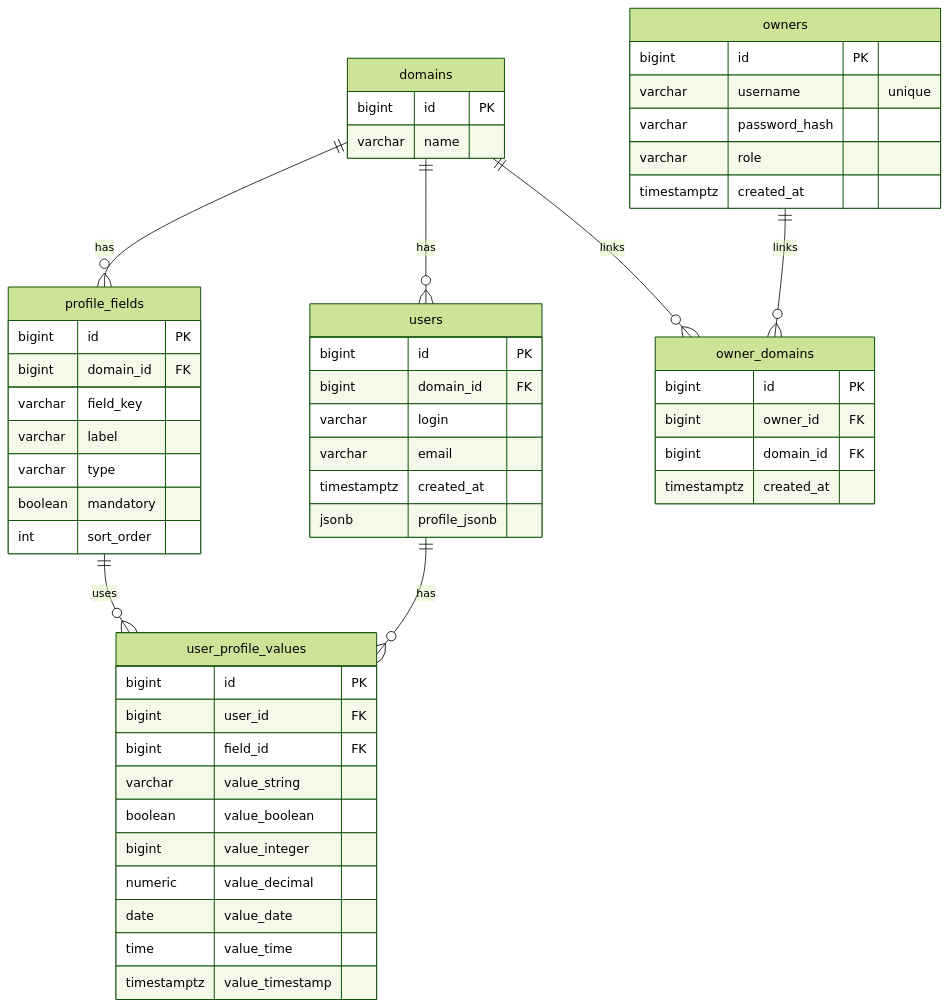
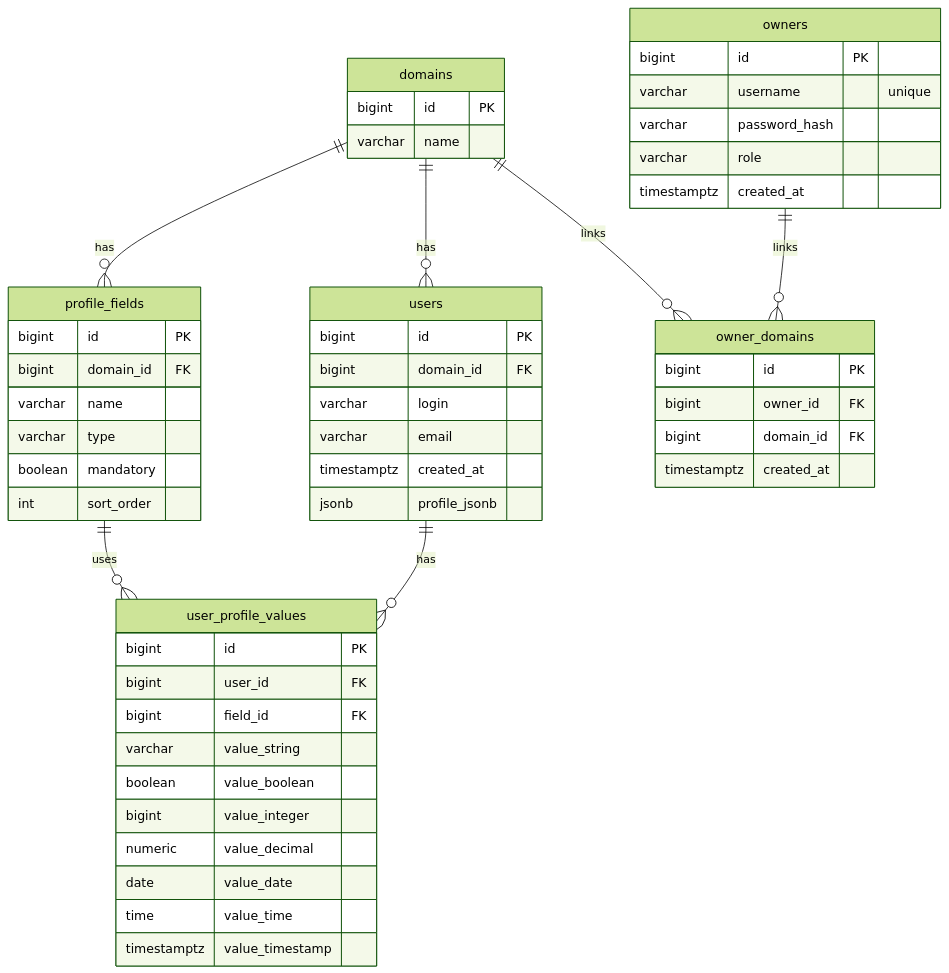
Before and after one commit to b-keeping/userid-be: the diagram in README.md, drawn with Mermaid (forest theme). The commit also changed other lines of this file and 10 other files, not shown here.

````diff
--- a/README.md
+++ b/README.md
@@ -7,61 +7,60 @@
 ```mermaid
 erDiagram
   domains {
     bigint id PK
     varchar name
   }
 
   profile_fields {
     bigint id PK
     bigint domain_id FK
-    varchar field_key
-    varchar label
+    varchar name
     varchar type
     boolean mandatory
     int sort_order
   }
 
   users {
     bigint id PK
     bigint domain_id FK
     varchar login
     varchar email
     timestamptz created_at
     jsonb profile_jsonb
   }
 
   owners {
     bigint id PK
     varchar username "unique"
     varchar password_hash
     varchar role
     timestamptz created_at
   }
 
   owner_domains {
     bigint id PK
     bigint owner_id FK
     bigint domain_id FK
     timestamptz created_at
   }
 
   user_profile_values {
     bigint id PK
     bigint user_id FK
     bigint field_id FK
     varchar value_string
     boolean value_boolean
     bigint value_integer
     numeric value_decimal
     date value_date
     time value_time
     timestamptz value_timestamp
   }
 
   domains ||--o{ profile_fields : has
   domains ||--o{ users : has
   users ||--o{ user_profile_values : has
   profile_fields ||--o{ user_profile_values : uses
   owners ||--o{ owner_domains : links
   domains ||--o{ owner_domains : links
 ```
````
